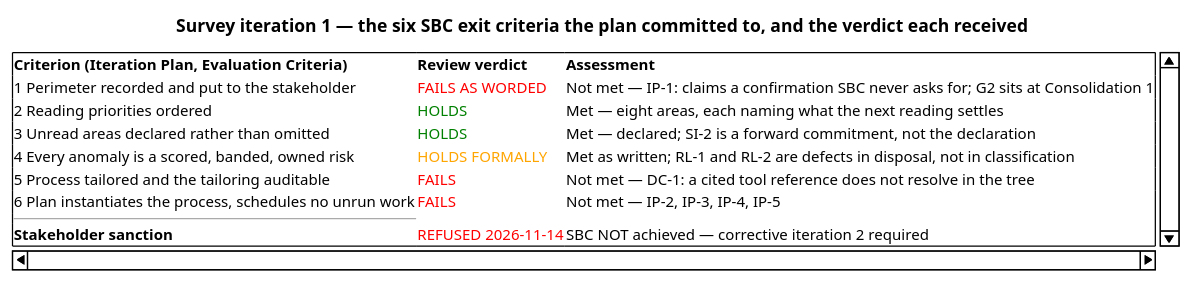
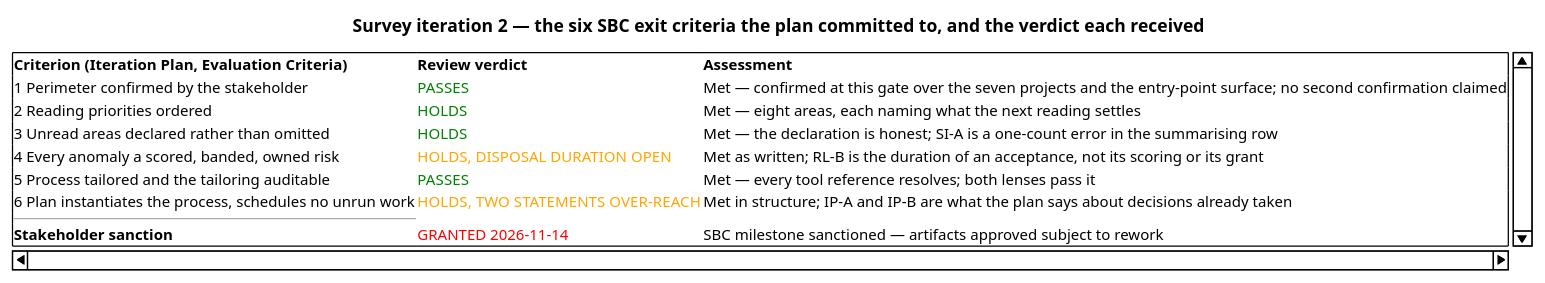
The third of 4 diagrams in docs/artifacts/project-management/iteration-assessment.md (banense-test/TodoApp), drawn with PlantUML before and after one commit. The commit also changed other lines of this file, not shown here.

First line of the commit message:
Project Manager [Survey2]: upsert Iteration Assessment

````diff
--- a/docs/artifacts/project-management/iteration-assessment.md
+++ b/docs/artifacts/project-management/iteration-assessment.md
@@ -156,18 +155,18 @@
 ```plantuml
 @startsalt
-title Survey iteration 1 — the six SBC exit criteria the plan committed to, and the verdict each received
+title Survey iteration 2 — the six SBC exit criteria the plan committed to, and the verdict each received
 {
 {S
 <b>Criterion (Iteration Plan, Evaluation Criteria)</b> | <b>Review verdict</b> | <b>Assessment</b>
-1 Perimeter recorded and put to the stakeholder | <color:red>FAILS AS WORDED</color> | Not met — IP-1: claims a confirmation SBC never asks for; G2 sits at Consolidation 1
+1 Perimeter confirmed by the stakeholder | <color:green>PASSES</color> | Met — confirmed at this gate over the seven projects and the entry-point surface; no second confirmation claimed
 2 Reading priorities ordered | <color:green>HOLDS</color> | Met — eight areas, each naming what the next reading settles
-3 Unread areas declared rather than omitted | <color:green>HOLDS</color> | Met — declared; SI-2 is a forward commitment, not the declaration
-4 Every anomaly is a scored, banded, owned risk | <color:orange>HOLDS FORMALLY</color> | Met as written; RL-1 and RL-2 are defects in disposal, not in classification
-5 Process tailored and the tailoring auditable | <color:red>FAILS</color> | Not met — DC-1: a cited tool reference does not resolve in the tree
-6 Plan instantiates the process, schedules no unrun work | <color:red>FAILS</color> | Not met — IP-2, IP-3, IP-4, IP-5
+3 Unread areas declared rather than omitted | <color:green>HOLDS</color> | Met — the declaration is honest; SI-A is a one-count error in the summarising row
+4 Every anomaly a scored, banded, owned risk | <color:orange>HOLDS, DISPOSAL DURATION OPEN</color> | Met as written; RL-B is the duration of an acceptance, not its scoring or its grant
+5 Process tailored and the tailoring auditable | <color:green>PASSES</color> | Met — every tool reference resolves; both lenses pass it
+6 Plan instantiates the process, schedules no unrun work | <color:orange>HOLDS, TWO STATEMENTS OVER-REACH</color> | Met in structure; IP-A and IP-B are what the plan says about decisions already taken
 --
-<b>Stakeholder sanction</b> | <color:red>REFUSED 2026-11-14</color> | SBC NOT achieved — corrective iteration 2 required
+<b>Stakeholder sanction</b> | <color:red>GRANTED 2026-11-14</color> | SBC milestone sanctioned — artifacts approved subject to rework
 }
 }
 @endsalt
 ```
````
